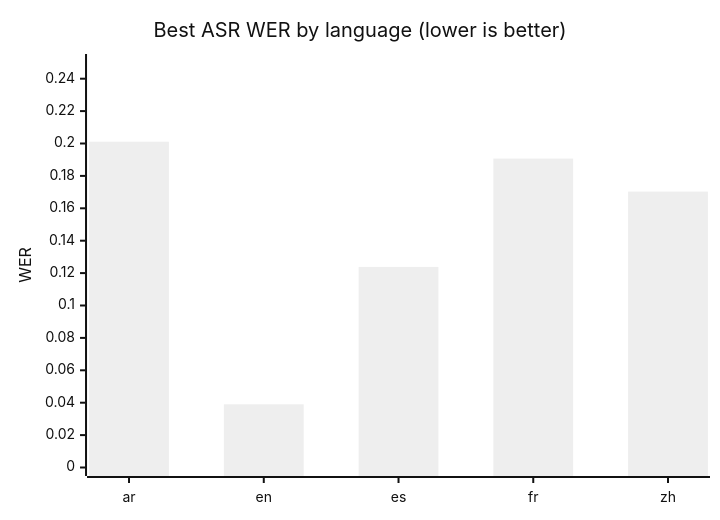
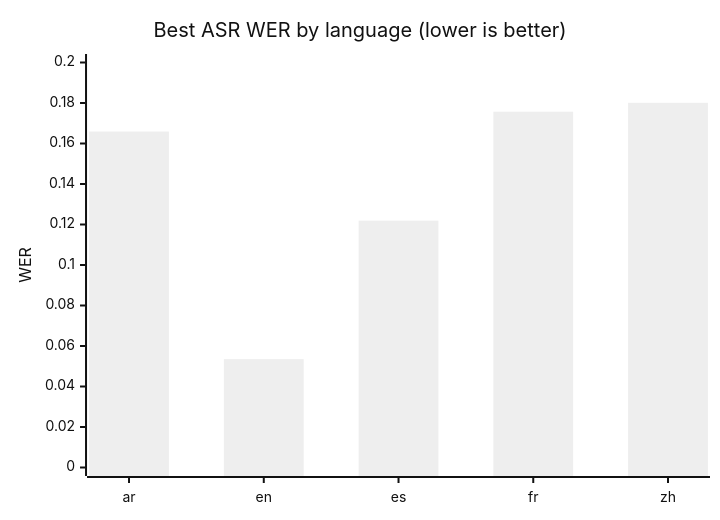
Before and after one commit to nkhaloo/speech-stack-benchmark: the second of 5 diagrams in docs/results.md, drawn with Mermaid (neutral theme). The commit also changed other lines of this file and 1 other file, not shown here.

````diff
--- a/docs/results.md
+++ b/docs/results.md
@@ -133,7 +142,7 @@
 ```mermaid
 xychart-beta
     title "Best ASR WER by language (lower is better)"
     x-axis ["ar", "en", "es", "fr", "zh"]
-    y-axis "WER" 0 --> 0.25
-    bar [0.2011, 0.039, 0.1238, 0.1907, 0.1703]
+    y-axis "WER" 0 --> 0.20
+    bar [0.1659, 0.0535, 0.1219, 0.1757, 0.1801]
 ```
````
